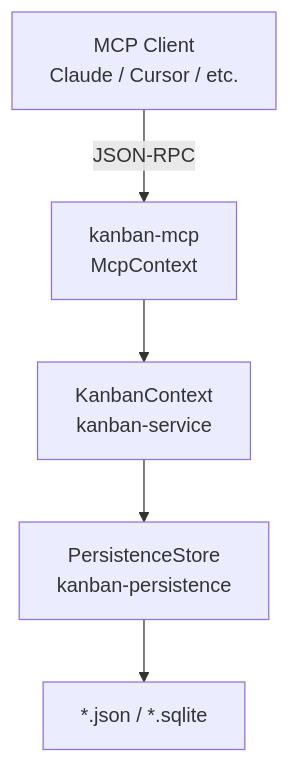
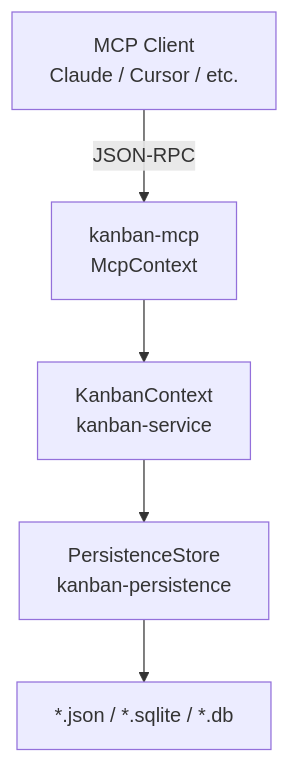
Before and after one commit to fulsomenko/kanban: the diagram in crates/kanban-mcp/README.md, drawn with Mermaid. The commit also changed 6 other files, not shown here.

````diff
--- a/crates/kanban-mcp/README.md
+++ b/crates/kanban-mcp/README.md
@@ -11,7 +11,7 @@
 ```mermaid
 graph TD
     CLIENT[MCP Client<br/>Claude / Cursor / etc.] -->|JSON-RPC| MCP[kanban-mcp<br/>McpContext]
     MCP --> SVC[KanbanContext<br/>kanban-service]
     SVC --> STORE[PersistenceStore<br/>kanban-persistence]
-    STORE --> STORAGE[*.json / *.sqlite]
+    STORE --> STORAGE[*.json / *.sqlite / *.db]
 ```
````
